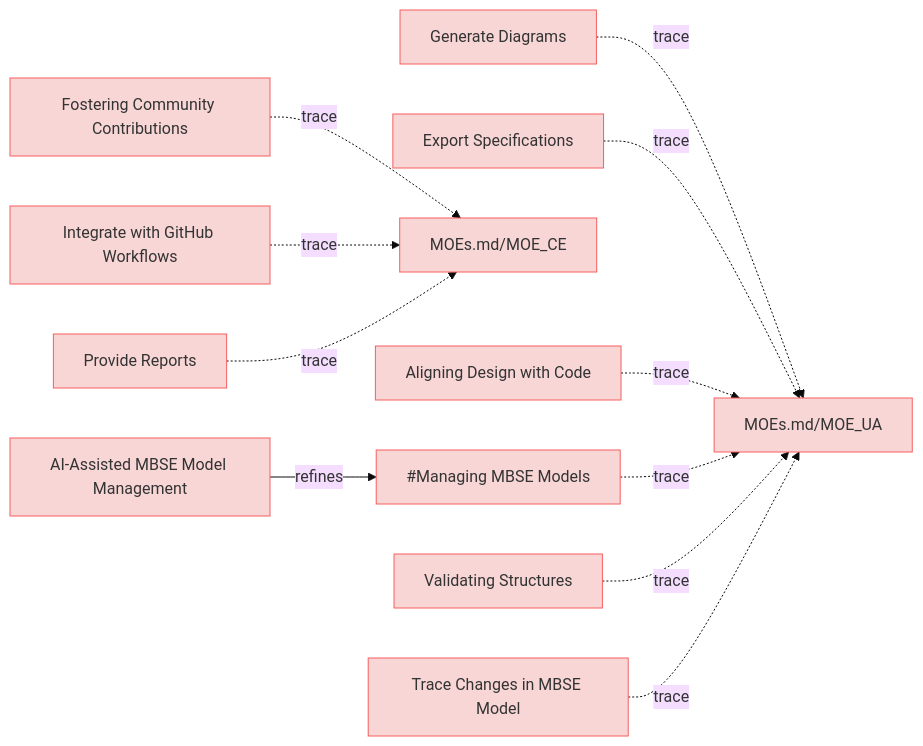
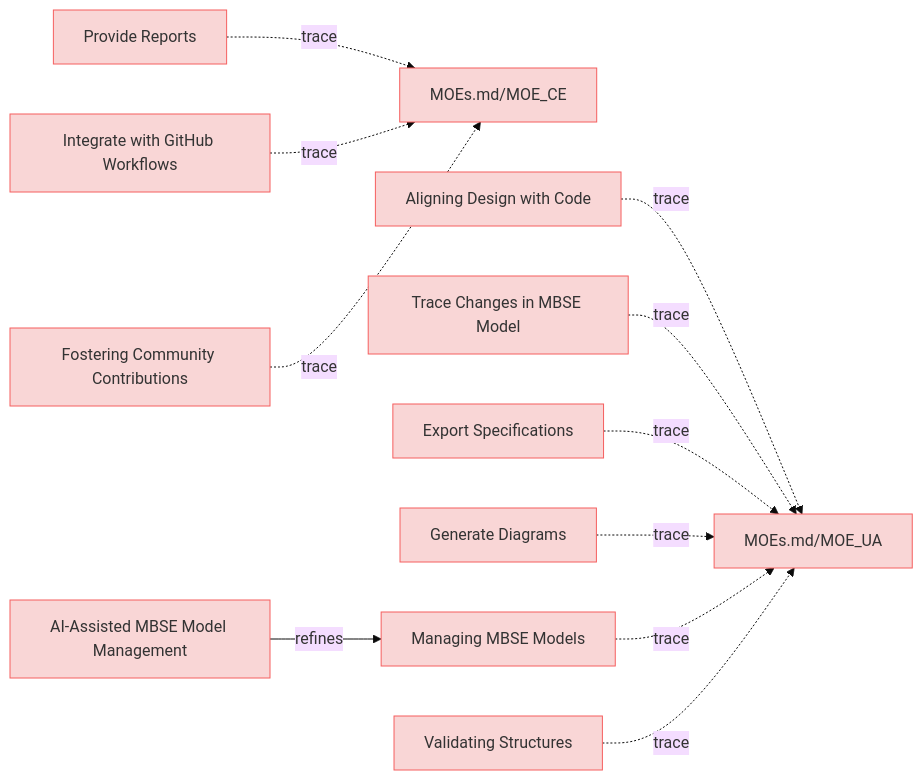
One commit to reqvire-org/reqvire changed the diagram in specifications/UserStories.md. Above: the diagram before and after it, drawn with Mermaid (base theme). The commit also changed 56 other files, not shown here.

````diff
--- a/specifications/UserStories.md
+++ b/specifications/UserStories.md
@@ -12,55 +12,55 @@
 ```mermaid
 graph LR;
   %% Graph styling
   classDef requirement fill:#f9d6d6,stroke:#f55f5f,stroke-width:1px;
   classDef verification fill:#d6f9d6,stroke:#5fd75f,stroke-width:1px;
   classDef externalLink fill:#d0e0ff,stroke:#3080ff,stroke-width:1px;
   classDef default fill:#f5f5f5,stroke:#333333,stroke-width:1px;
 
-  cf0026c2feeb1e0f["Generate Diagrams"];
-  click cf0026c2feeb1e0f "https://github.com/ilijaljubicic/ReqFlow/blob/a94231473c9a4a56fe21608ebd13787e0cc3f2dc/specifications/UserStories.md#generate-diagrams";
-  class cf0026c2feeb1e0f requirement;
+  fe32882ee273e24d["Provide Reports"];
+  click fe32882ee273e24d "https://github.com/ilijaljubicic/ReqFlow/blob/29a17f176519a28e973567d4102beb95f41075ed/specifications/UserStories.md#provide-reports";
+  class fe32882ee273e24d requirement;
+  b3f57e49f7494c0e["MOEs.md/MOE_CE"];
+  class b3f57e49f7494c0e requirement;
+  click b3f57e49f7494c0e "https://github.com/ilijaljubicic/ReqFlow/blob/29a17f176519a28e973567d4102beb95f41075ed/specifications/MOEs.md#moe_ce";
+  fe32882ee273e24d -.->|trace| b3f57e49f7494c0e;
+  de2d3516cd5ef91d["Aligning Design with Code"];
+  click de2d3516cd5ef91d "https://github.com/ilijaljubicic/ReqFlow/blob/29a17f176519a28e973567d4102beb95f41075ed/specifications/UserStories.md#aligning-design-with-code";
+  class de2d3516cd5ef91d requirement;
   f6237e49f7494c0e["MOEs.md/MOE_UA"];
   class f6237e49f7494c0e requirement;
-  click f6237e49f7494c0e "https://github.com/ilijaljubicic/ReqFlow/blob/a94231473c9a4a56fe21608ebd13787e0cc3f2dc/specifications/MOEs.md#moe_ua";
-  cf0026c2feeb1e0f -.->|trace| f6237e49f7494c0e;
+  click f6237e49f7494c0e "https://github.com/ilijaljubicic/ReqFlow/blob/29a17f176519a28e973567d4102beb95f41075ed/specifications/MOEs.md#moe_ua";
+  de2d3516cd5ef91d -.->|trace| f6237e49f7494c0e;
+  ba120b7cafc5435f["Integrate with GitHub Workflows"];
+  click ba120b7cafc5435f "https://github.com/ilijaljubicic/ReqFlow/blob/29a17f176519a28e973567d4102beb95f41075ed/specifications/UserStories.md#integrate-with-github-workflows";
+  class ba120b7cafc5435f requirement;
+  ba120b7cafc5435f -.->|trace| b3f57e49f7494c0e;
+  36d8b2eb16113a7f["Trace Changes in MBSE Model"];
+  click 36d8b2eb16113a7f "https://github.com/ilijaljubicic/ReqFlow/blob/29a17f176519a28e973567d4102beb95f41075ed/specifications/UserStories.md#trace-changes-in-mbse-model";
+  class 36d8b2eb16113a7f requirement;
+  36d8b2eb16113a7f -.->|trace| f6237e49f7494c0e;
   100197ce818804["Export Specifications"];
-  click 100197ce818804 "https://github.com/ilijaljubicic/ReqFlow/blob/a94231473c9a4a56fe21608ebd13787e0cc3f2dc/specifications/UserStories.md#export-specifications";
+  click 100197ce818804 "https://github.com/ilijaljubicic/ReqFlow/blob/29a17f176519a28e973567d4102beb95f41075ed/specifications/UserStories.md#export-specifications";
   class 100197ce818804 requirement;
   100197ce818804 -.->|trace| f6237e49f7494c0e;
-  cdc9a9c9087e707f["Fostering Community Contributions"];
-  click cdc9a9c9087e707f "https://github.com/ilijaljubicic/ReqFlow/blob/a94231473c9a4a56fe21608ebd13787e0cc3f2dc/specifications/UserStories.md#fostering-community-contributions";
-  class cdc9a9c9087e707f requirement;
-  b3f57e49f7494c0e["MOEs.md/MOE_CE"];
-  class b3f57e49f7494c0e requirement;
-  click b3f57e49f7494c0e "https://github.com/ilijaljubicic/ReqFlow/blob/a94231473c9a4a56fe21608ebd13787e0cc3f2dc/specifications/MOEs.md#moe_ce";
-  cdc9a9c9087e707f -.->|trace| b3f57e49f7494c0e;
-  ba120b7cafc5435f["Integrate with GitHub Workflows"];
-  click ba120b7cafc5435f "https://github.com/ilijaljubicic/ReqFlow/blob/a94231473c9a4a56fe21608ebd13787e0cc3f2dc/specifications/UserStories.md#integrate-with-github-workflows";
-  class ba120b7cafc5435f requirement;
-  ba120b7cafc5435f -.->|trace| b3f57e49f7494c0e;
-  2b35b7b37d52d4e6["AI-Assisted MBSE Model Management"];
-  click 2b35b7b37d52d4e6 "https://github.com/ilijaljubicic/ReqFlow/blob/a94231473c9a4a56fe21608ebd13787e0cc3f2dc/specifications/UserStories.md#ai-assisted-mbse-model-management";
-  class 2b35b7b37d52d4e6 requirement;
-  852dea6cfecb47f5["#Managing MBSE Models"];
+  cf0026c2feeb1e0f["Generate Diagrams"];
+  click cf0026c2feeb1e0f "https://github.com/ilijaljubicic/ReqFlow/blob/29a17f176519a28e973567d4102beb95f41075ed/specifications/UserStories.md#generate-diagrams";
+  class cf0026c2feeb1e0f requirement;
+  cf0026c2feeb1e0f -.->|trace| f6237e49f7494c0e;
+  852dea6cfecb47f5["Managing MBSE Models"];
+  click 852dea6cfecb47f5 "https://github.com/ilijaljubicic/ReqFlow/blob/29a17f176519a28e973567d4102beb95f41075ed/specifications/UserStories.md#managing-mbse-models";
   class 852dea6cfecb47f5 requirement;
-  click 852dea6cfecb47f5 "https://github.com/ilijaljubicic/ReqFlow/blob/a94231473c9a4a56fe21608ebd13787e0cc3f2dc/specifications/UserStories.md#managing-mbse-models";
-  2b35b7b37d52d4e6 -->|refines| 852dea6cfecb47f5;
-  de2d3516cd5ef91d["Aligning Design with Code"];
-  click de2d3516cd5ef91d "https://github.com/ilijaljubicic/ReqFlow/blob/a94231473c9a4a56fe21608ebd13787e0cc3f2dc/specifications/UserStories.md#aligning-design-with-code";
-  class de2d3516cd5ef91d requirement;
-  de2d3516cd5ef91d -.->|trace| f6237e49f7494c0e;
   852dea6cfecb47f5 -.->|trace| f6237e49f7494c0e;
   a60d88b6e2cb3842["Validating Structures"];
-  click a60d88b6e2cb3842 "https://github.com/ilijaljubicic/ReqFlow/blob/a94231473c9a4a56fe21608ebd13787e0cc3f2dc/specifications/UserStories.md#validating-structures";
+  click a60d88b6e2cb3842 "https://github.com/ilijaljubicic/ReqFlow/blob/29a17f176519a28e973567d4102beb95f41075ed/specifications/UserStories.md#validating-structures";
   class a60d88b6e2cb3842 requirement;
   a60d88b6e2cb3842 -.->|trace| f6237e49f7494c0e;
-  36d8b2eb16113a7f["Trace Changes in MBSE Model"];
-  click 36d8b2eb16113a7f "https://github.com/ilijaljubicic/ReqFlow/blob/a94231473c9a4a56fe21608ebd13787e0cc3f2dc/specifications/UserStories.md#trace-changes-in-mbse-model";
-  class 36d8b2eb16113a7f requirement;
-  36d8b2eb16113a7f -.->|trace| f6237e49f7494c0e;
-  fe32882ee273e24d["Provide Reports"];
-  click fe32882ee273e24d "https://github.com/ilijaljubicic/ReqFlow/blob/a94231473c9a4a56fe21608ebd13787e0cc3f2dc/specifications/UserStories.md#provide-reports";
-  class fe32882ee273e24d requirement;
-  fe32882ee273e24d -.->|trace| b3f57e49f7494c0e;
+  cdc9a9c9087e707f["Fostering Community Contributions"];
+  click cdc9a9c9087e707f "https://github.com/ilijaljubicic/ReqFlow/blob/29a17f176519a28e973567d4102beb95f41075ed/specifications/UserStories.md#fostering-community-contributions";
+  class cdc9a9c9087e707f requirement;
+  cdc9a9c9087e707f -.->|trace| b3f57e49f7494c0e;
+  2b35b7b37d52d4e6["AI-Assisted MBSE Model Management"];
+  click 2b35b7b37d52d4e6 "https://github.com/ilijaljubicic/ReqFlow/blob/29a17f176519a28e973567d4102beb95f41075ed/specifications/UserStories.md#ai-assisted-mbse-model-management";
+  class 2b35b7b37d52d4e6 requirement;
+  2b35b7b37d52d4e6 -->|refines| 852dea6cfecb47f5;
 ```
````
